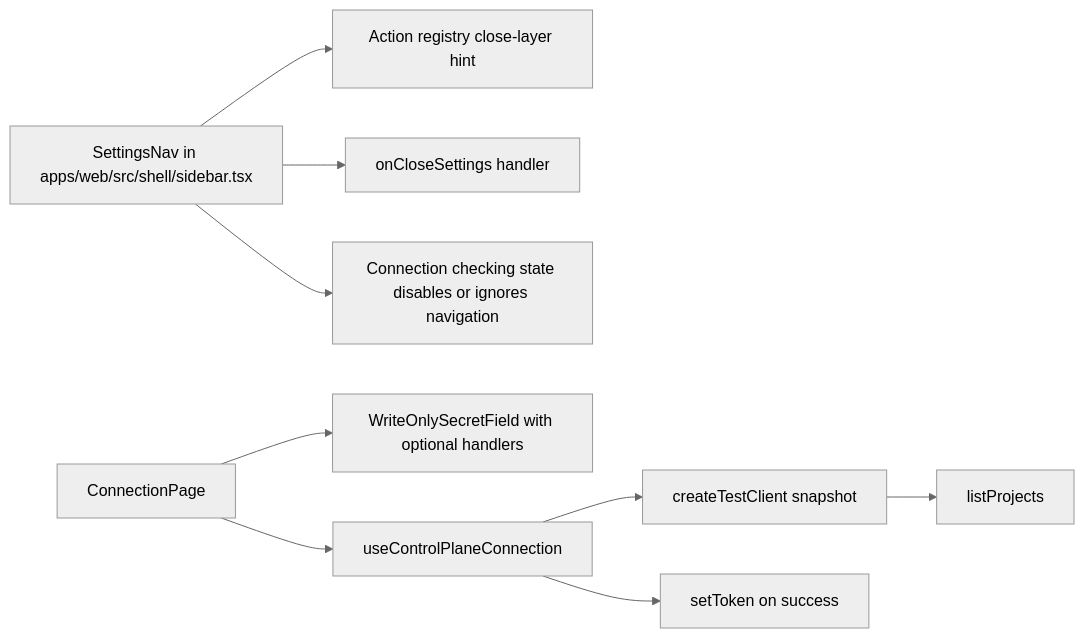
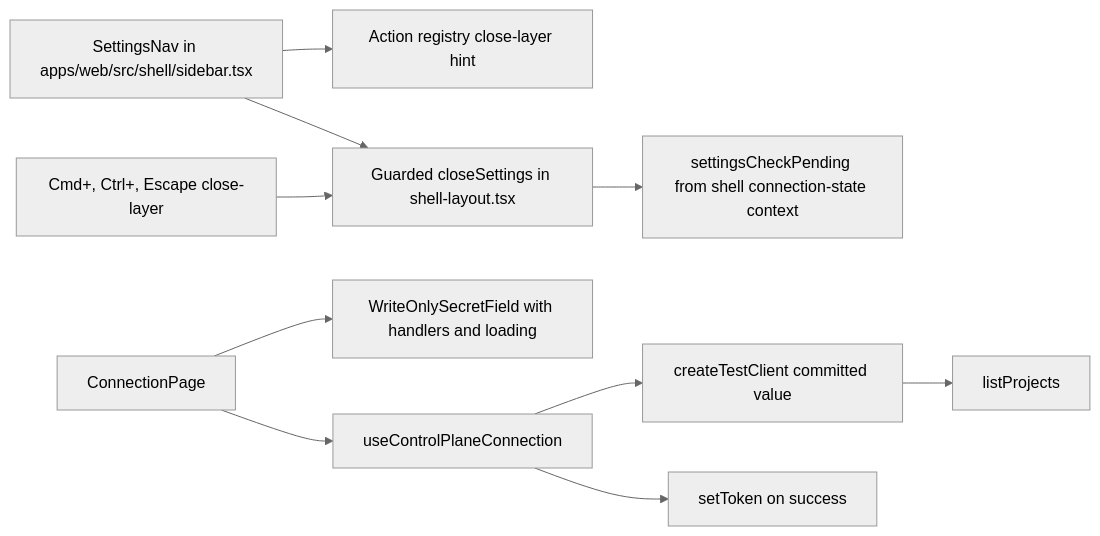
One commit to markdstafford/autocatalyst changed the third of 4 diagrams in context-human/specs/feature-settings-back-button-connection-apply-on-commit.md. Above: the diagram before and after it, drawn with Mermaid (neutral theme). The commit also changed other lines of this file, not shown here.

Commit message:
docs: revise feature spec settings-back-button-connection-apply-on-commit

````diff
--- a/context-human/specs/feature-settings-back-button-connection-apply-on-commit.md
+++ b/context-human/specs/feature-settings-back-button-connection-apply-on-commit.md
@@ -199,11 +191,12 @@
 ```mermaid
 graph LR
     Sidebar[SettingsNav in apps/web/src/shell/sidebar.tsx] --> Registry[Action registry close-layer hint]
-    Sidebar --> Close[onCloseSettings handler]
-    Sidebar --> Pending[Connection checking state disables or ignores navigation]
-    ConnectionPage[ConnectionPage] --> SecretField[WriteOnlySecretField with optional handlers]
+    Sidebar --> Close[Guarded closeSettings in shell-layout.tsx]
+    Shortcuts[Cmd+, Ctrl+, Escape close-layer] --> Close
+    Close --> Pending[settingsCheckPending from shell connection-state context]
+    ConnectionPage[ConnectionPage] --> SecretField[WriteOnlySecretField with handlers and loading]
     ConnectionPage --> Provider[useControlPlaneConnection]
-    Provider --> TestClient[createTestClient snapshot]
+    Provider --> TestClient[createTestClient committed value]
     TestClient --> API[listProjects]
     Provider --> Store[setToken on success]
 ```
````
